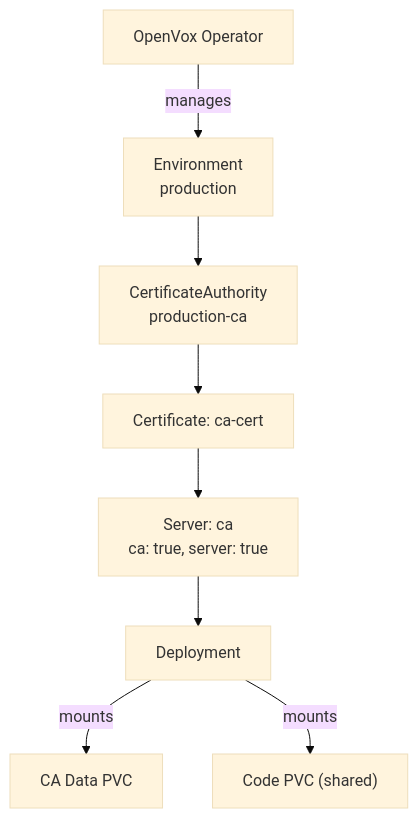
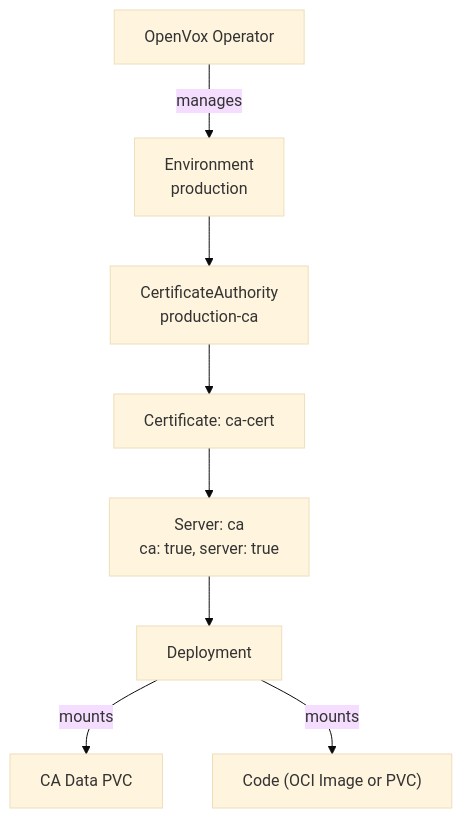
The first of 2 diagrams in docs/index.md (slauger/openvox-operator), drawn with Mermaid (base theme) before and after one commit. The commit also changed other lines of this file and 1 other file, not shown here.

First line of the commit message:
docs: update README and index with OCI storage and Gateway API

````diff
--- a/docs/index.md
+++ b/docs/index.md
@@ -33,15 +35,15 @@
 ```mermaid
 graph TD
     Op["OpenVox Operator"]
     Op -->|manages| Env
 
     Env["Environment<br/>production"]
     Env --> CA_CRD["CertificateAuthority<br/>production-ca"]
     CA_CRD --> Cert["Certificate: ca-cert"]
     Cert --> CA["Server: ca<br/>ca: true, server: true"]
 
     CA --> CA_D["Deployment"]
 
     CA_D -->|mounts| CA_PVC["CA Data PVC"]
-    CA_D -->|mounts| Code_PVC["Code PVC (shared)"]
+    CA_D -->|mounts| Code["Code (OCI Image or PVC)"]
 ```
````
